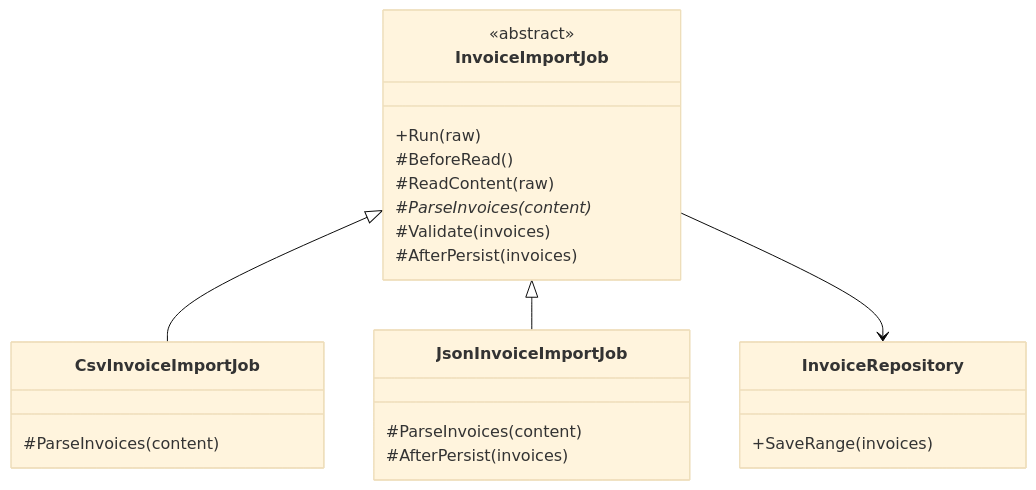
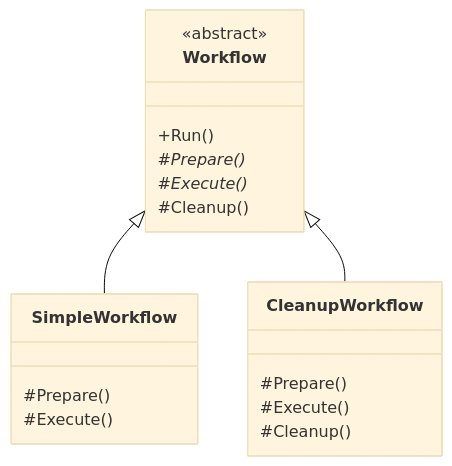
Before and after one commit to TwoEggDu/twoegg-tech-stack: the first of 2 diagrams in content/system-design/patterns/patterns-02-template-method.md, drawn with Mermaid (base theme). The commit also changed other lines of this file, not shown here.

````diff
--- a/content/system-design/patterns/patterns-02-template-method.md
+++ b/content/system-design/patterns/patterns-02-template-method.md
@@ -273,29 +130,24 @@
 ```mermaid
 classDiagram
-    class InvoiceImportJob {
+    class Workflow {
         <<abstract>>
-        +Run(raw)
-        #BeforeRead()
-        #ReadContent(raw)
-        #ParseInvoices(content)*
-        #Validate(invoices)
-        #AfterPersist(invoices)
+        +Run()
+        #Prepare()*
+        #Execute()*
+        #Cleanup()
     }
 
-    class CsvInvoiceImportJob {
-        #ParseInvoices(content)
+    class SimpleWorkflow {
+        #Prepare()
+        #Execute()
     }
 
-    class JsonInvoiceImportJob {
-        #ParseInvoices(content)
-        #AfterPersist(invoices)
+    class CleanupWorkflow {
+        #Prepare()
+        #Execute()
+        #Cleanup()
     }
 
-    class InvoiceRepository {
-        +SaveRange(invoices)
-    }
-
-    InvoiceImportJob <|-- CsvInvoiceImportJob
-    InvoiceImportJob <|-- JsonInvoiceImportJob
-    InvoiceImportJob --> InvoiceRepository
+    Workflow <|-- SimpleWorkflow
+    Workflow <|-- CleanupWorkflow
 ```
````
